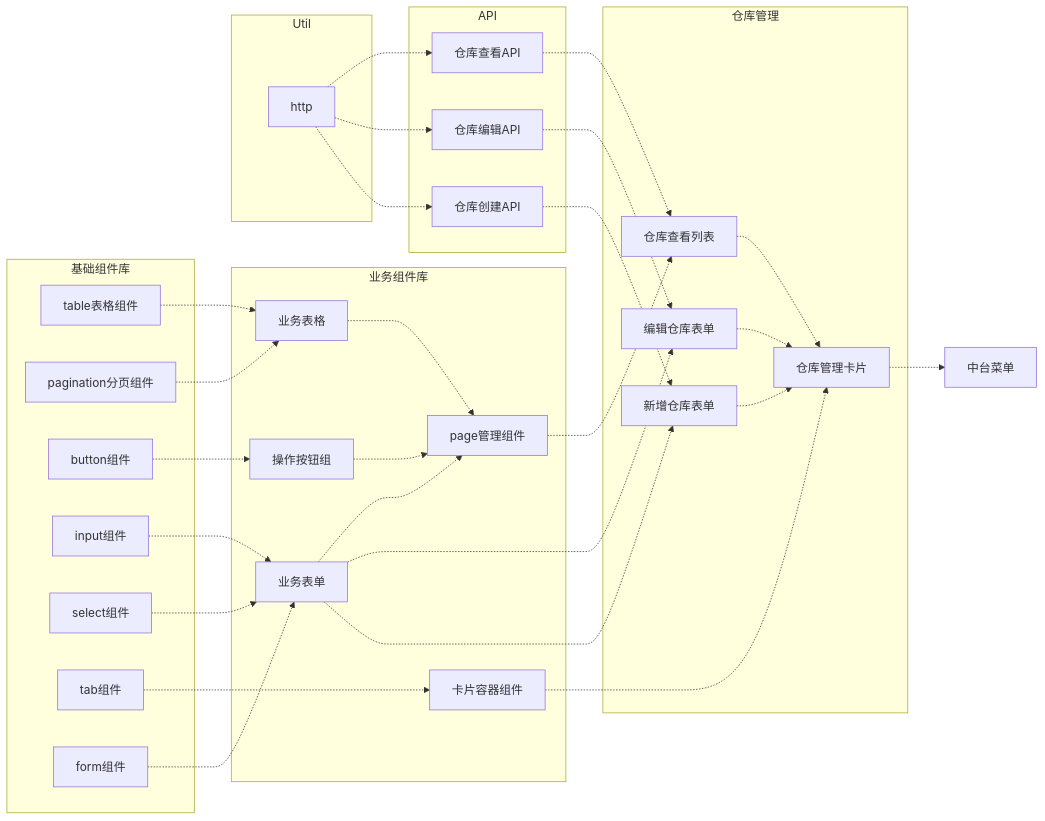
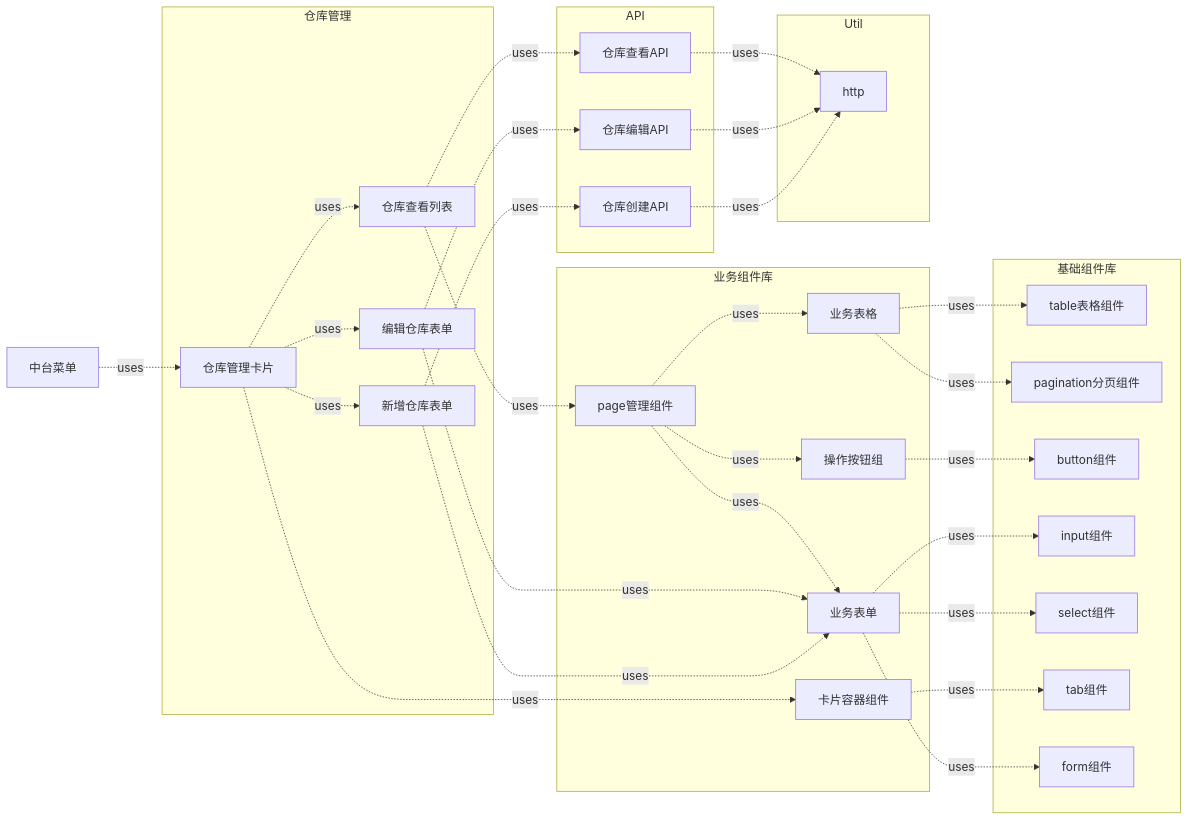
Before and after one commit to LiDengHui/blog: the third of 3 diagrams in source/_drafts/企业管理/企业愿景.md, drawn with Mermaid. The commit also changed other lines of this file and 7 other files, not shown here.

````diff
--- a/source/_drafts/企业管理/企业愿景.md
+++ b/source/_drafts/企业管理/企业愿景.md
@@ -50,59 +50,59 @@
 ```mermaid
 graph LR;
     wp[中台菜单]
     subgraph 仓库管理
         cardA[仓库管理卡片]
         查看A[仓库查看列表]
         创建A[新增仓库表单]
         编辑A[编辑仓库表单]
     end
-    cardA-.->wp
-    查看A-.->cardA
-    创建A-.->cardA
-    编辑A-.->cardA
+    wp-.uses.->cardA
+    cardA-.uses.->查看A
+    cardA-.uses.->创建A
+    cardA-.uses.->编辑A
     subgraph 业务组件库
         container[卡片容器组件]
         toolbar[操作按钮组]
         xform[业务表单]
         xtable[业务表格]
         xpage[page管理组件]
     end
-    xpage-.->查看A
-    container-.->cardA
-    xform-.->创建A
-    xform-.->编辑A
+    查看A-.uses.->xpage
+    cardA-.uses.->container
+    创建A-.uses.->xform
+    编辑A-.uses.->xform
     subgraph 基础组件库
         table[table表格组件]
         pagination[pagination分页组件]
         button[button组件]
         input[input组件]
         select[select组件]
         tab[tab组件]
         form[form组件]
     end
     subgraph API
         create[仓库创建API]
         edit[仓库编辑API]
         list[仓库查看API]
     end
     subgraph Util
         http
 
     end
-    button-.->toolbar
-    tab-.->container
-    form-.->xform
-    input-.->xform
-    select-.->xform
-    table-.->xtable
-    pagination-.->xtable
-    xform-.->xpage
-    xtable-.->xpage
-    toolbar-.->xpage
-    http-.->create
-    http-.->edit
-    http-.->list
-    create-.->创建A
-    edit-.->编辑A
-    list-.->查看A    
+    toolbar-.uses.->button
+    container-.uses.->tab
+    xform-.uses.->form
+    xform-.uses.->input
+    xform-.uses.->select
+    xtable-.uses.->table
+    xtable-.uses.->pagination
+    xpage-.uses.->xform
+    xpage-.uses.->xtable
+    xpage-.uses.->toolbar
+    create-.uses.->http
+    edit-.uses.->http
+    list-.uses.->http
+    创建A-.uses.->create
+    编辑A-.uses.->edit
+    查看A -.uses.->list   
 ```
````
